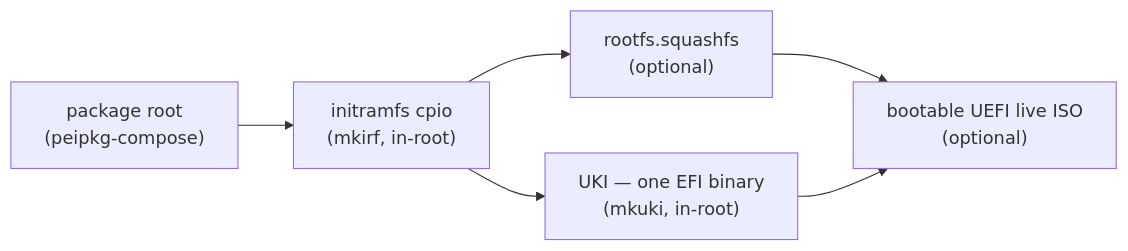
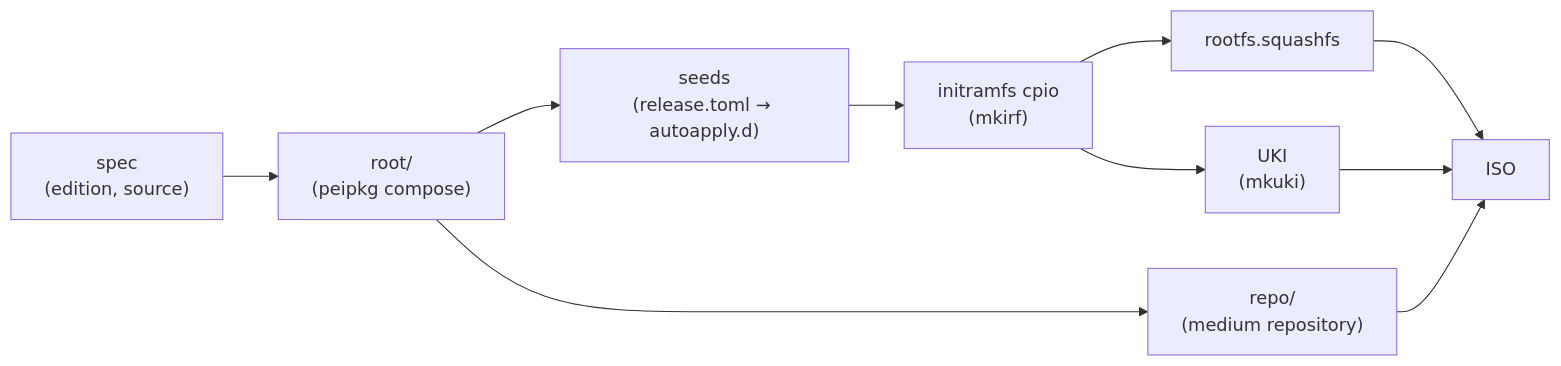
One commit to peios/learn changed the diagram in peios.product/5--peiso.antho/1--building-images.topic/100--overview.md. Above: the diagram before and after it, drawn with Mermaid. The commit also changed other lines of this file and 11 other files, not shown here.

````diff
--- a/peios.product/5--peiso.antho/1--building-images.topic/100--overview.md
+++ b/peios.product/5--peiso.antho/1--building-images.topic/100--overview.md
@@ -35,8 +35,12 @@
 ```mermaid
 flowchart LR
-    A["package root<br/>(peipkg-compose)"] --> B["initramfs cpio<br/>(mkirf, in-root)"]
-    B --> C["rootfs.squashfs<br/>(optional)"]
-    B --> D["UKI — one EFI binary<br/>(mkuki, in-root)"]
-    C --> E["bootable UEFI live ISO<br/>(optional)"]
-    D --> E
+    S["spec<br/>(edition, source)"] --> R["root/<br/>(peipkg compose)"]
+    R --> M["repo/<br/>(medium repository)"]
+    R --> Q["seeds<br/>(release.toml → autoapply.d)"]
+    Q --> I["initramfs cpio<br/>(mkirf)"]
+    I --> F["rootfs.squashfs"]
+    I --> U["UKI<br/>(mkuki)"]
+    F --> O["ISO"]
+    U --> O
+    M --> O
 ```
````
